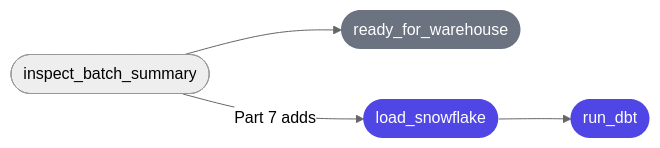
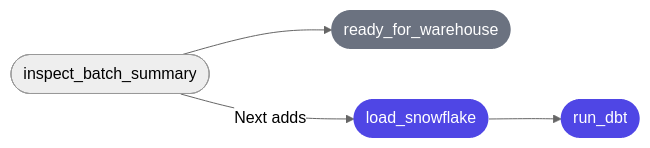
One commit to dwikynator/market-pulse changed the seventh of 7 diagrams in docs/airflow-dag.md. Above: the diagram before and after it, drawn with Mermaid (neutral theme). The commit also changed other lines of this file and 2 other files, not shown here.

````diff
--- a/docs/airflow-dag.md
+++ b/docs/airflow-dag.md
@@ -420,10 +419,10 @@
 ```mermaid
 flowchart LR
     IBS([inspect_batch_summary]) --> RFW([ready_for_warehouse])
-    IBS --> |Part 7 adds| SNF([load_snowflake])
+    IBS --> |Next adds| SNF([load_snowflake])
     SNF --> DBT([run_dbt])
 
     style RFW fill:#6b7280,color:#fff,stroke:none
     style SNF fill:#4f46e5,color:#fff,stroke:none
     style DBT fill:#4f46e5,color:#fff,stroke:none
 ```
````
